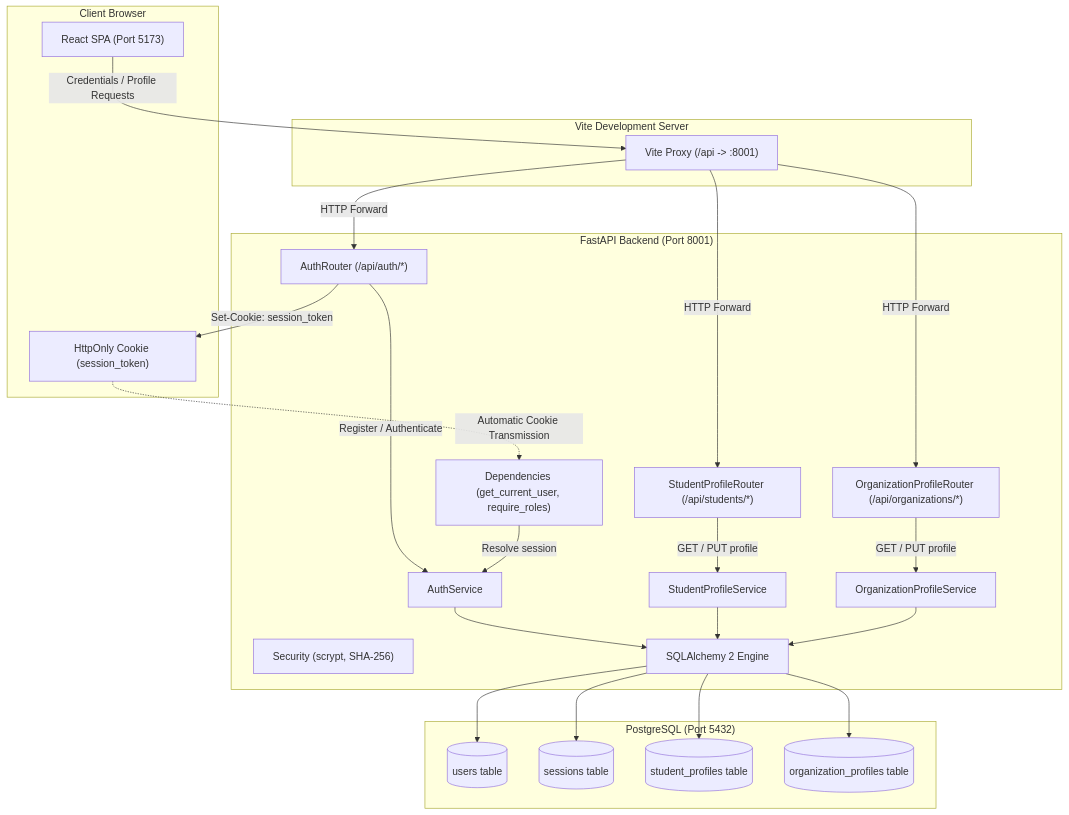
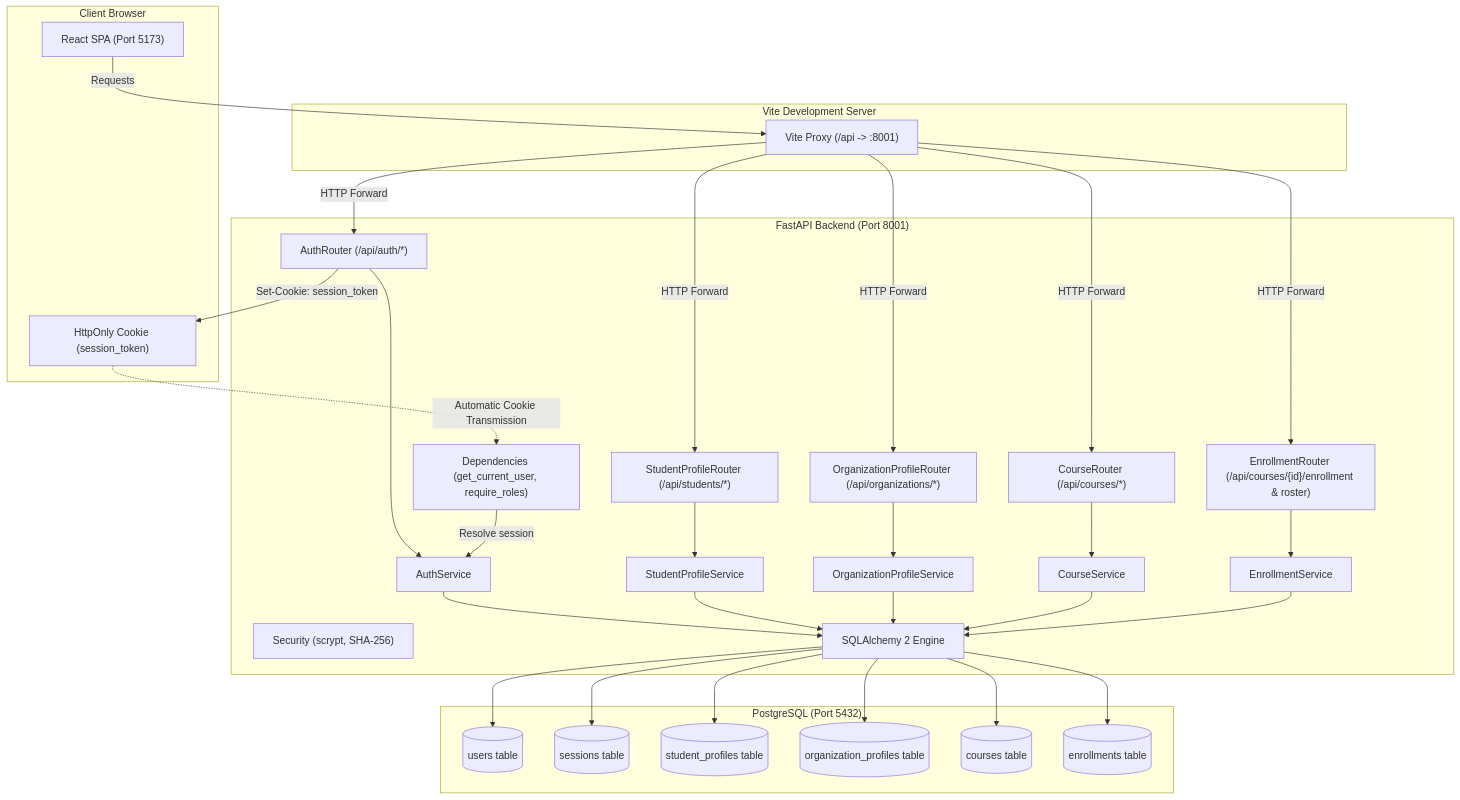
Before and after one commit to adexo-77/university-internship-platform: the diagram in docs/architecture.md, drawn with Mermaid. The commit also changed other lines of this file and 2 other files, not shown here.

Commit message:
docs: update database, architecture, and readme for phase 3

````diff
--- a/docs/architecture.md
+++ b/docs/architecture.md
@@ -15,41 +18,49 @@
 ```mermaid
 flowchart TD
     subgraph Browser ["Client Browser"]
         SPA["React SPA (Port 5173)"]
         CookieStorage["HttpOnly Cookie (session_token)"]
     end
 
     subgraph ViteServer ["Vite Development Server"]
         Proxy["Vite Proxy (/api -> :8001)"]
     end
 
     subgraph BackendApp ["FastAPI Backend (Port 8001)"]
         AuthRouter["AuthRouter (/api/auth/*)"]
         StudentRouter["StudentProfileRouter (/api/students/*)"]
         OrgRouter["OrganizationProfileRouter (/api/organizations/*)"]
+        CourseRouter["CourseRouter (/api/courses/*)"]
+        EnrollmentRouter["EnrollmentRouter (/api/courses/{id}/enrollment & roster)"]
         Deps["Dependencies (get_current_user, require_roles)"]
         AuthService["AuthService"]
         StudentService["StudentProfileService"]
         OrgService["OrganizationProfileService"]
+        CourseService["CourseService"]
+        EnrollmentService["EnrollmentService"]
         Security["Security (scrypt, SHA-256)"]
         DBEngine["SQLAlchemy 2 Engine"]
     end
 
     subgraph Database ["PostgreSQL (Port 5432)"]
         UsersTable[("users table")]
         SessionsTable[("sessions table")]
         StudentProfilesTable[("student_profiles table")]
         OrgProfilesTable[("organization_profiles table")]
+        CoursesTable[("courses table")]
+        EnrollmentsTable[("enrollments table")]
     end
 
-    SPA -->|"Credentials / Profile Requests"| Proxy
-    Proxy -->|"HTTP Forward"| AuthRouter & StudentRouter & OrgRouter
-    AuthRouter -->|"Register / Authenticate"| AuthService
-    StudentRouter -->|"GET / PUT profile"| StudentService
-    OrgRouter -->|"GET / PUT profile"| OrgService
-    AuthService & StudentService & OrgService --> DBEngine
-    DBEngine --> UsersTable & SessionsTable & StudentProfilesTable & OrgProfilesTable
+    SPA -->|"Requests"| Proxy
+    Proxy -->|"HTTP Forward"| AuthRouter & StudentRouter & OrgRouter & CourseRouter & EnrollmentRouter
+    AuthRouter --> AuthService
+    StudentRouter --> StudentService
+    OrgRouter --> OrgService
+    CourseRouter --> CourseService
+    EnrollmentRouter --> EnrollmentService
+    AuthService & StudentService & OrgService & CourseService & EnrollmentService --> DBEngine
+    DBEngine --> UsersTable & SessionsTable & StudentProfilesTable & OrgProfilesTable & CoursesTable & EnrollmentsTable
     AuthRouter -->|"Set-Cookie: session_token"| CookieStorage
     CookieStorage -.->|"Automatic Cookie Transmission"| Deps
     Deps -->|"Resolve session"| AuthService
 ```
````
